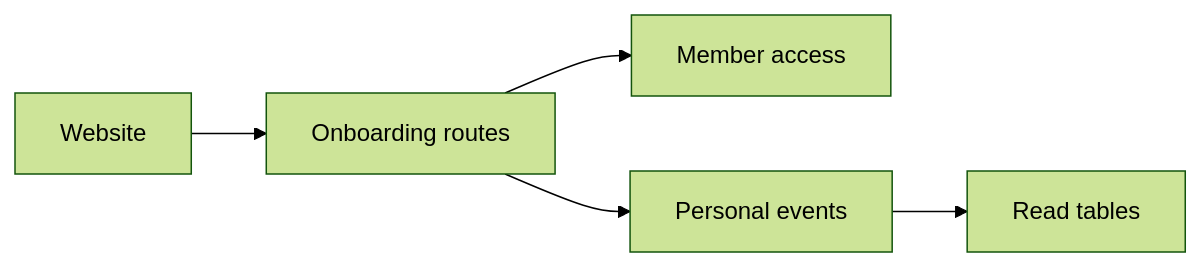
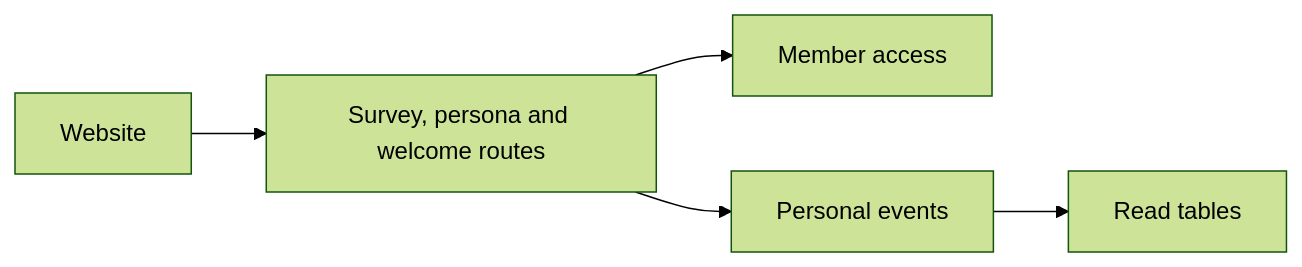
The diagram in apps/server/src/onboarding/README.md (elewa-git/opencrane-new), drawn with Mermaid (forest theme) before and after one commit. The commit also changed other lines of this file and 17 other files, not shown here.

````diff
--- a/apps/server/src/onboarding/README.md
+++ b/apps/server/src/onboarding/README.md
@@ -15,7 +15,7 @@
 ```mermaid
 flowchart LR
-  web[Website] --> onboarding[Onboarding routes]
+  web[Website] --> onboarding[Survey, persona and welcome routes]
   onboarding --> access[Member access]
   onboarding --> events[Personal events]
   events --> tables[Read tables]
 ```
````
